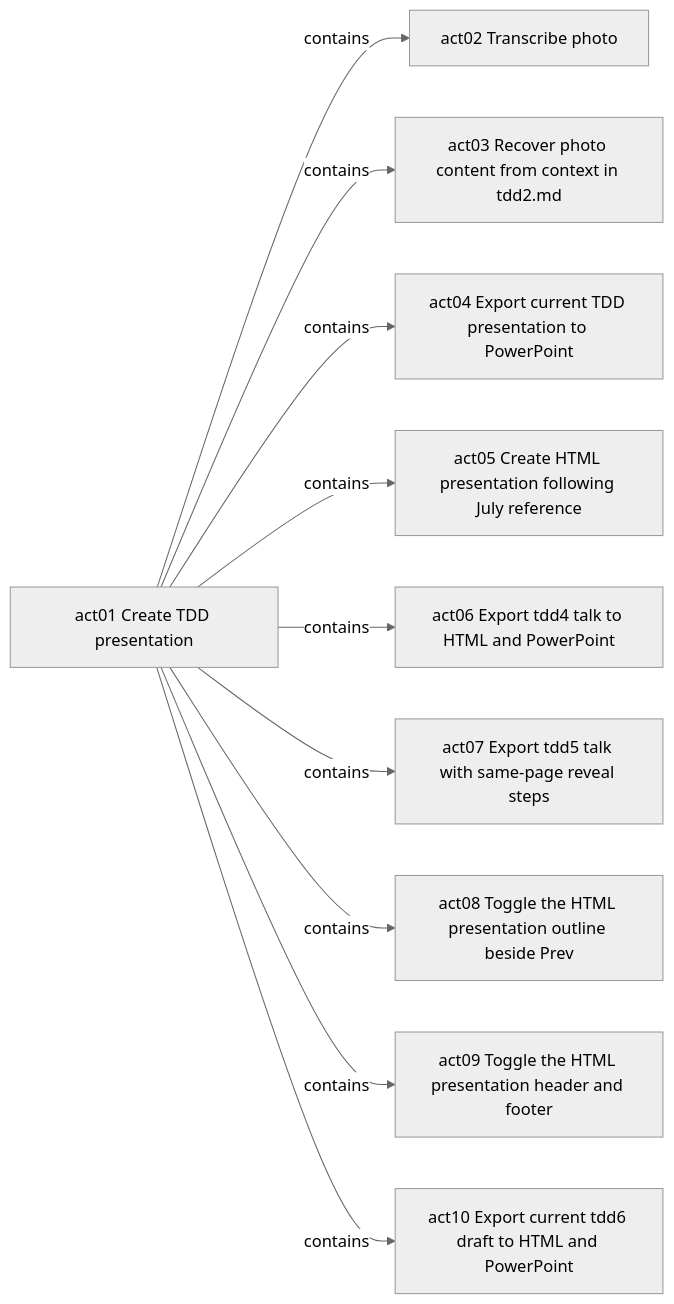
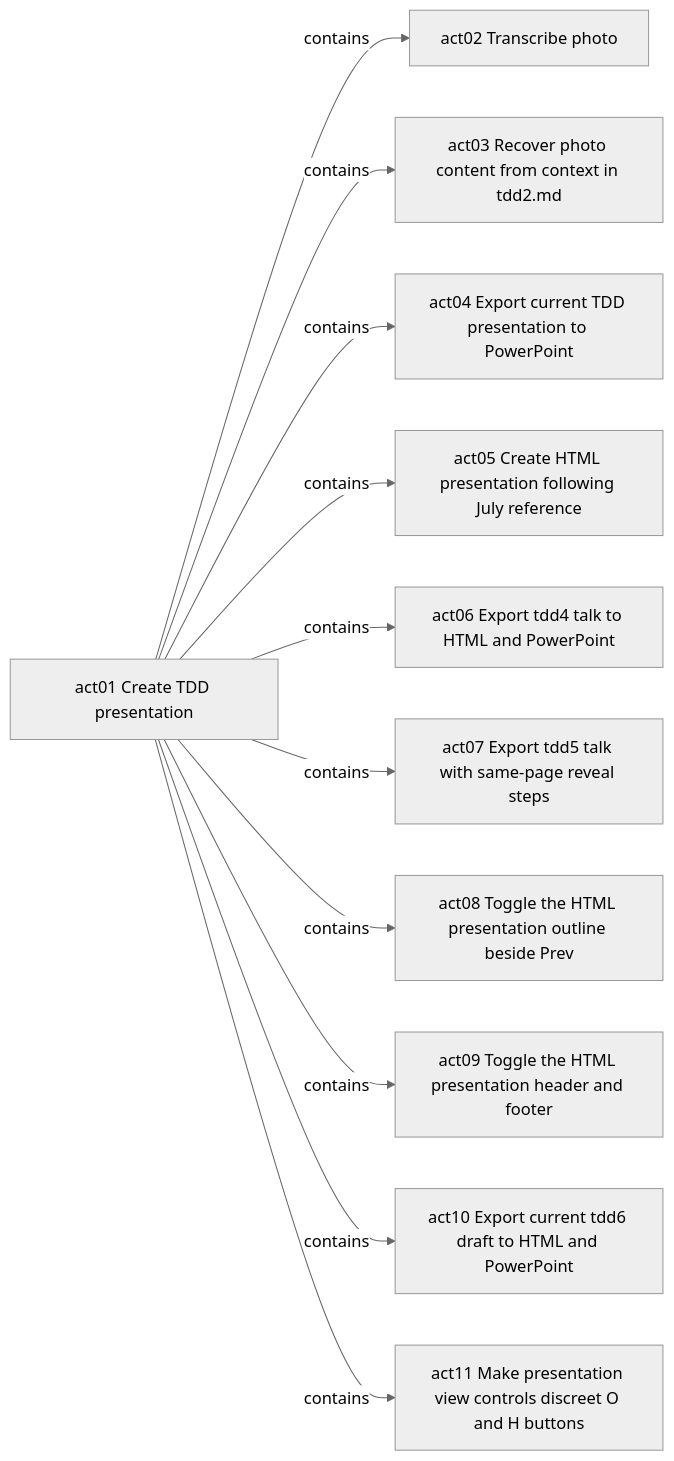
Before and after one commit to raisercostin/tdd-talk: the diagram in .act/acts.md, drawn with Mermaid (neutral theme). The commit also changed other lines of this file and 2 other files, not shown here.

````diff
--- a/.act/acts.md
+++ b/.act/acts.md
@@ -87,22 +94,24 @@
 ```mermaid
 flowchart LR
   act01["act01 Create TDD presentation"]
   act02["act02 Transcribe photo"]
   act03["act03 Recover photo content from context in tdd2.md"]
   act04["act04 Export current TDD presentation to PowerPoint"]
   act05["act05 Create HTML presentation following July reference"]
   act06["act06 Export tdd4 talk to HTML and PowerPoint"]
   act07["act07 Export tdd5 talk with same-page reveal steps"]
   act08["act08 Toggle the HTML presentation outline beside Prev"]
   act09["act09 Toggle the HTML presentation header and footer"]
   act10["act10 Export current tdd6 draft to HTML and PowerPoint"]
+  act11["act11 Make presentation view controls discreet O and H buttons"]
   act01 -->|contains| act02
   act01 -->|contains| act03
   act01 -->|contains| act04
   act01 -->|contains| act05
   act01 -->|contains| act06
   act01 -->|contains| act07
   act01 -->|contains| act08
   act01 -->|contains| act09
   act01 -->|contains| act10
+  act01 -->|contains| act11
 ```
````
